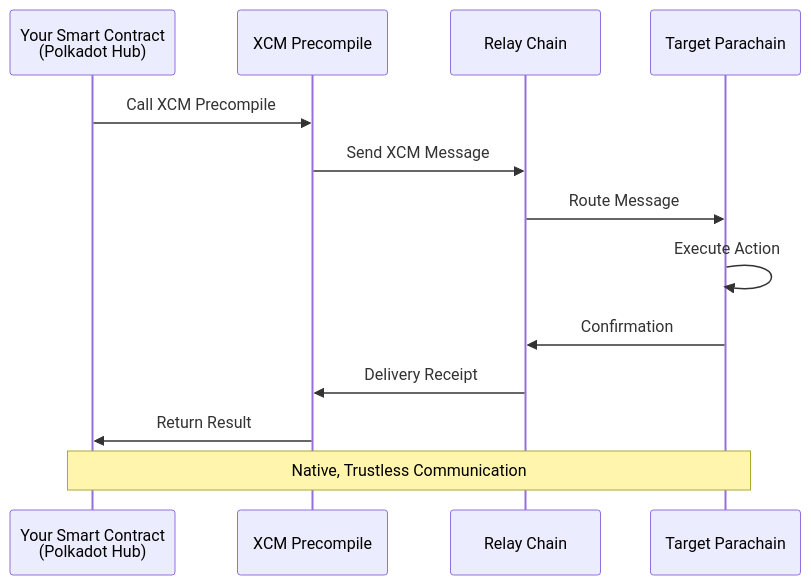
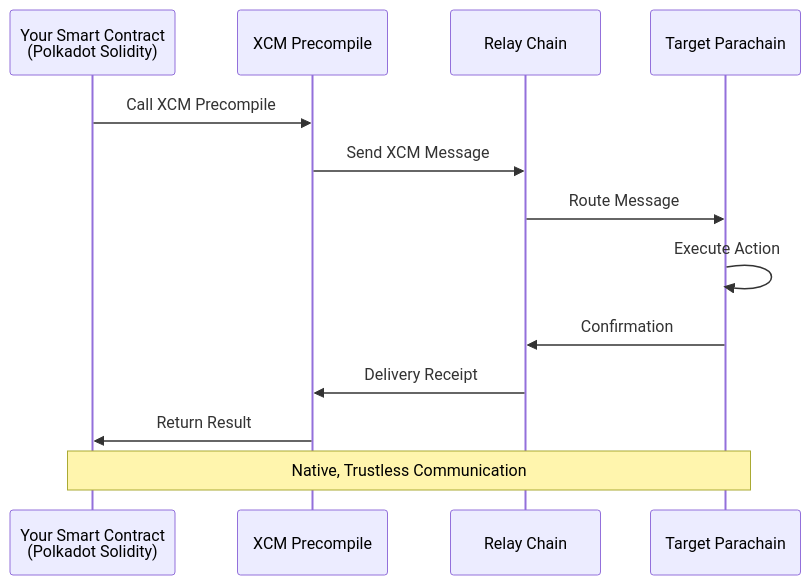
Before and after one commit to openguild-labs/polkadot-codecamp: the second of 7 diagrams in slides/build-on-polkadot-narratives.md, drawn with Mermaid. The commit also changed other lines of this file and 29 other files, not shown here.

````diff
--- a/slides/build-on-polkadot-narratives.md
+++ b/slides/build-on-polkadot-narratives.md
@@ -115,17 +113,17 @@
 ```mermaid
 sequenceDiagram
-    participant SC as Your Smart Contract<br/>(Polkadot Hub)
+    participant SC as Your Smart Contract<br/>(Polkadot Solidity)
     participant XCM as XCM Precompile
     participant RELAY as Relay Chain
     participant PARA as Target Parachain
 
     SC->>XCM: Call XCM Precompile
     XCM->>RELAY: Send XCM Message
     RELAY->>PARA: Route Message
     PARA->>PARA: Execute Action
     PARA->>RELAY: Confirmation
     RELAY->>XCM: Delivery Receipt
     XCM->>SC: Return Result
 
     Note over SC,PARA: Native, Trustless Communication
 ```
````
